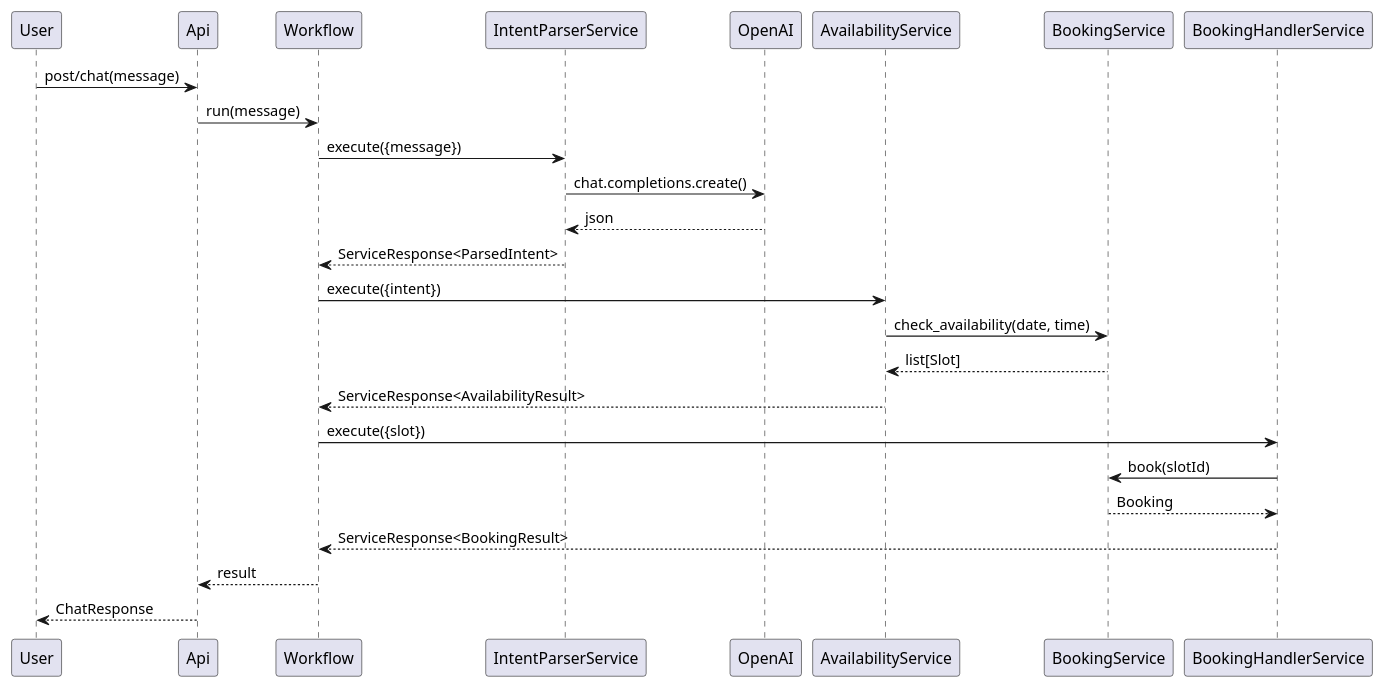
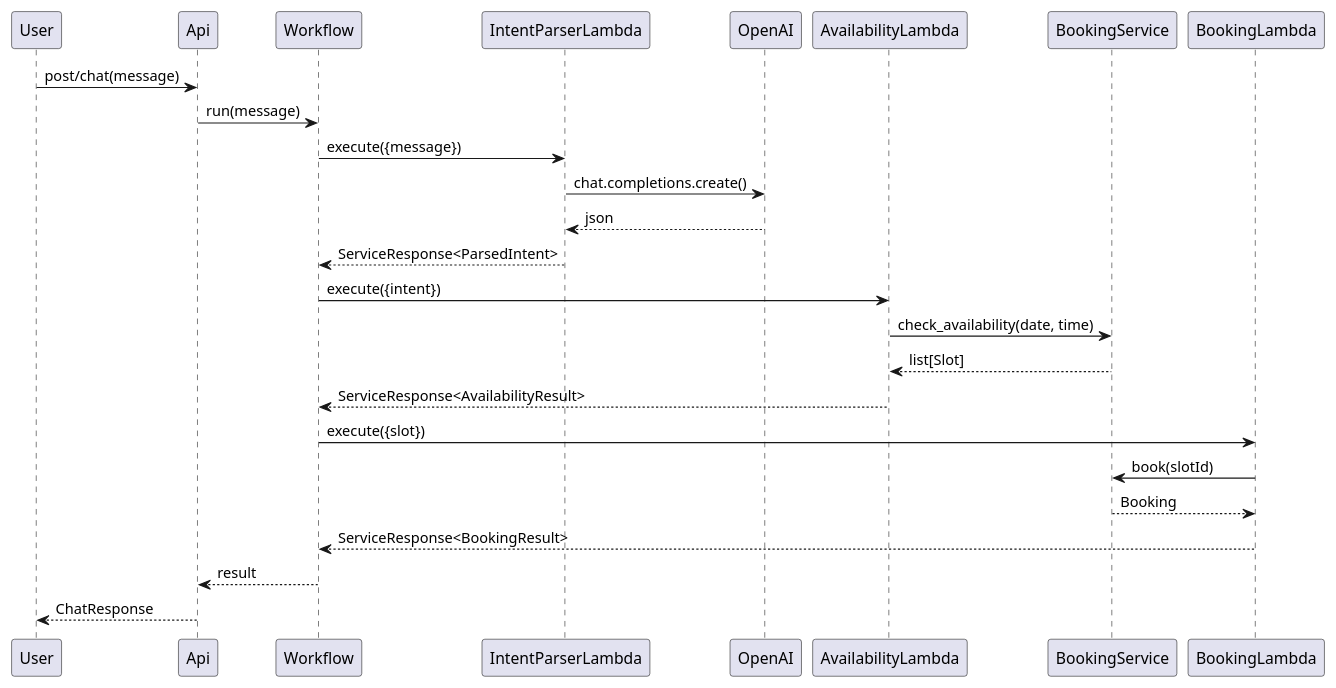
Before and after one commit to mossgreen/ai-orchestration-patterns: the diagram in pattern-c-workflow-multi-process/sequence.puml, drawn with PlantUML. The commit also changed 4 other files, not shown here.

```diff
--- a/pattern-c-workflow-multi-process/sequence.puml
+++ b/pattern-c-workflow-multi-process/sequence.puml
@@ -1,20 +1,20 @@
 @startuml
 
 User -> Api: post/chat(message)
     Api -> Workflow: run(message)
-        Workflow -> IntentParserService: execute({message})
-            IntentParserService -> OpenAI: chat.completions.create()
-            IntentParserService <-- OpenAI: json
-        Workflow <-- IntentParserService: ServiceResponse<ParsedIntent>
-        Workflow -> AvailabilityService: execute({intent})
-            AvailabilityService -> BookingService: check_availability(date, time)
-            AvailabilityService <-- BookingService: list[Slot]
-        Workflow <-- AvailabilityService: ServiceResponse<AvailabilityResult>
-        Workflow -> BookingHandlerService: execute({slot})
-            BookingHandlerService -> BookingService: book(slotId)
-            BookingHandlerService <-- BookingService: Booking
-        Workflow <-- BookingHandlerService: ServiceResponse<BookingResult>
+        Workflow -> IntentParserLambda: execute({message})
+            IntentParserLambda -> OpenAI: chat.completions.create()
+            IntentParserLambda <-- OpenAI: json
+        Workflow <-- IntentParserLambda: ServiceResponse<ParsedIntent>
+        Workflow -> AvailabilityLambda: execute({intent})
+            AvailabilityLambda -> BookingService: check_availability(date, time)
+            AvailabilityLambda <-- BookingService: list[Slot]
+        Workflow <-- AvailabilityLambda: ServiceResponse<AvailabilityResult>
+        Workflow -> BookingLambda: execute({slot})
+            BookingLambda -> BookingService: book(slotId)
+            BookingLambda <-- BookingService: Booking
+        Workflow <-- BookingLambda: ServiceResponse<BookingResult>
     Api <-- Workflow: result
 User <-- Api: ChatResponse
 
 @enduml
```
